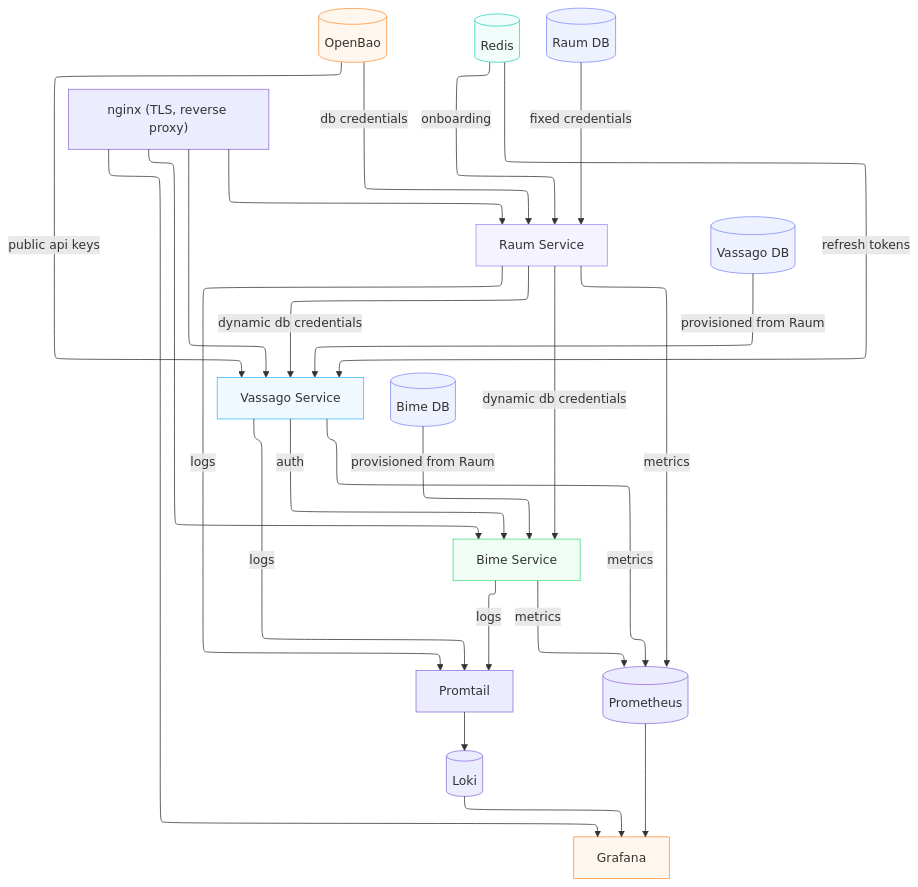
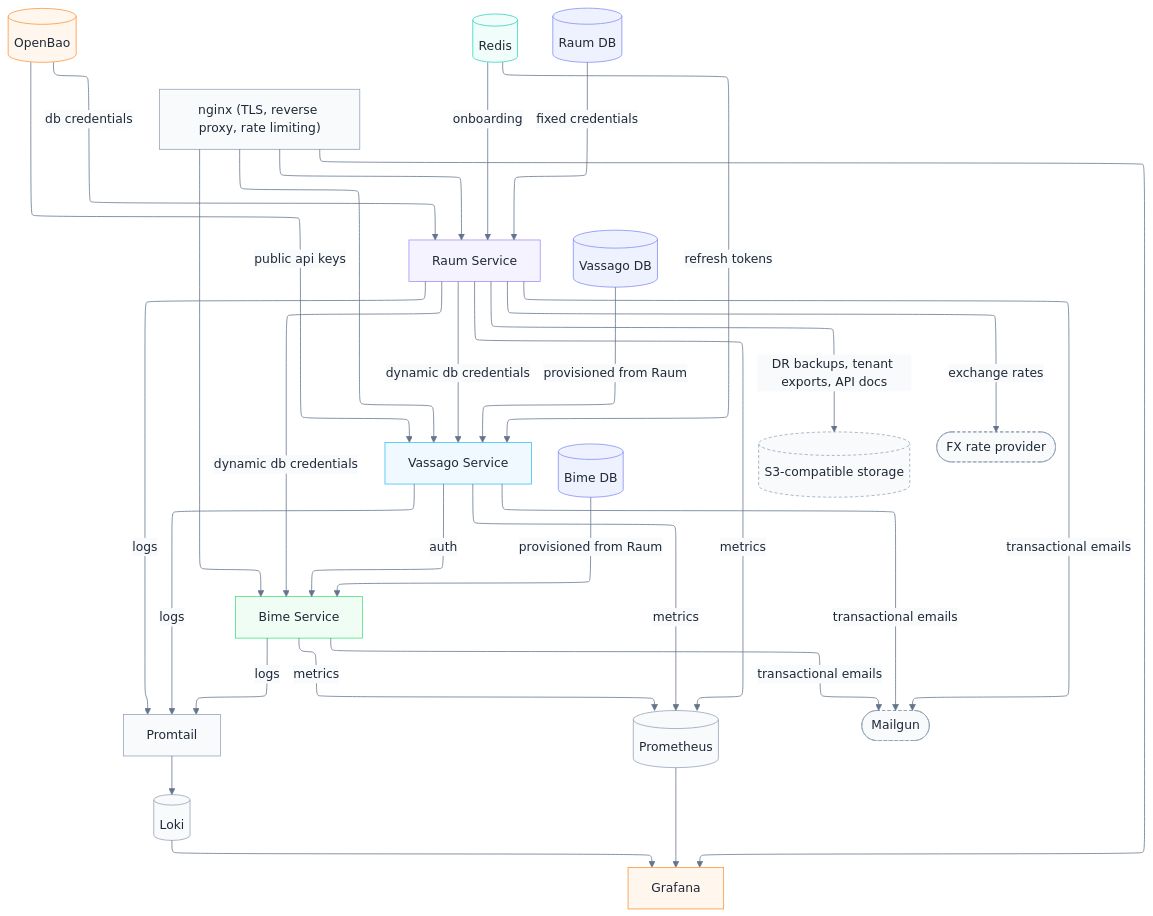
The diagram in README.md (gnosticDeveloper/kenoma), drawn with Mermaid before and after one commit. The commit also changed other lines of this file, not shown here.

````diff
--- a/README.md
+++ b/README.md
@@ -111,35 +133,49 @@
 ```mermaid
 ---
 config:
   layout: elk
+  theme: base
+  themeVariables:
+    primaryColor: "#f8fafc"
+    primaryTextColor: "#1f2937"
+    primaryBorderColor: "#94a3b8"
+    lineColor: "#64748b"
+    edgeLabelBackground: "#f8fafc"
 ---
 flowchart TB
-    Nginx["nginx (TLS, reverse proxy)"] --> Vassago["Vassago Service"] & Bime["Bime Service"] & Raum["Raum Service"] & Grafana["Grafana"]
+    Nginx["nginx (TLS, reverse proxy, rate limiting)"] --> Vassago["Vassago Service"] & Bime["Bime Service"] & Raum["Raum Service"] & Grafana["Grafana"]
     OpenBao[("OpenBao")] -- public api keys --> Vassago
     Redis[("Redis")] -- onboarding --> Raum
     Redis -- refresh tokens --> Vassago
     RaumDB[("Raum DB")] -- fixed credentials --> Raum
     Raum -- dynamic db credentials --> Vassago & Bime
     VassagoDB[("Vassago DB")] -- provisioned from Raum --> Vassago
     BimeDB[("Bime DB")] -- provisioned from Raum --> Bime
     Vassago -- auth --> Bime
     OpenBao -- db credentials --> Raum
     Raum & Vassago & Bime -- logs --> Promtail --> Loki[("Loki")] --> Grafana
     Raum & Vassago & Bime -- metrics --> Prometheus[("Prometheus")] --> Grafana
+    Raum & Vassago & Bime -- transactional emails --> Mailgun(["Mailgun"])
+    Raum -- DR backups, tenant exports, API docs --> BackupStore[("S3-compatible storage")]
+    Raum -- exchange rates --> FxProvider(["FX rate provider"])
 
      OpenBao:::orange
      Vassago:::sky
      Redis:::teal
      Raum:::violet
      RaumDB:::indigo
      Bime:::green
      VassagoDB:::indigo
      BimeDB:::indigo
      Grafana:::orange
-    classDef orange stroke:#fb923c,fill:#fff7ed
-    classDef teal stroke:#2dd4bf,fill:#f0fdfa
-    classDef indigo stroke:#818cf8,fill:#eef2ff
-    classDef violet stroke:#a78bfa,fill:#f5f3ff
-    classDef sky stroke:#38bdf8,fill:#f0f9ff
-    classDef green stroke:#4ade80,fill:#f0fdf4
+     Mailgun:::slate
+     BackupStore:::slate
+     FxProvider:::slate
+    classDef orange stroke:#fb923c,fill:#fff7ed,color:#1f2937
+    classDef teal stroke:#2dd4bf,fill:#f0fdfa,color:#1f2937
+    classDef indigo stroke:#818cf8,fill:#eef2ff,color:#1f2937
+    classDef violet stroke:#a78bfa,fill:#f5f3ff,color:#1f2937
+    classDef sky stroke:#38bdf8,fill:#f0f9ff,color:#1f2937
+    classDef green stroke:#4ade80,fill:#f0fdf4,color:#1f2937
+    classDef slate stroke:#94a3b8,fill:#f8fafc,color:#1f2937,stroke-dasharray: 4 3
 ```
````
